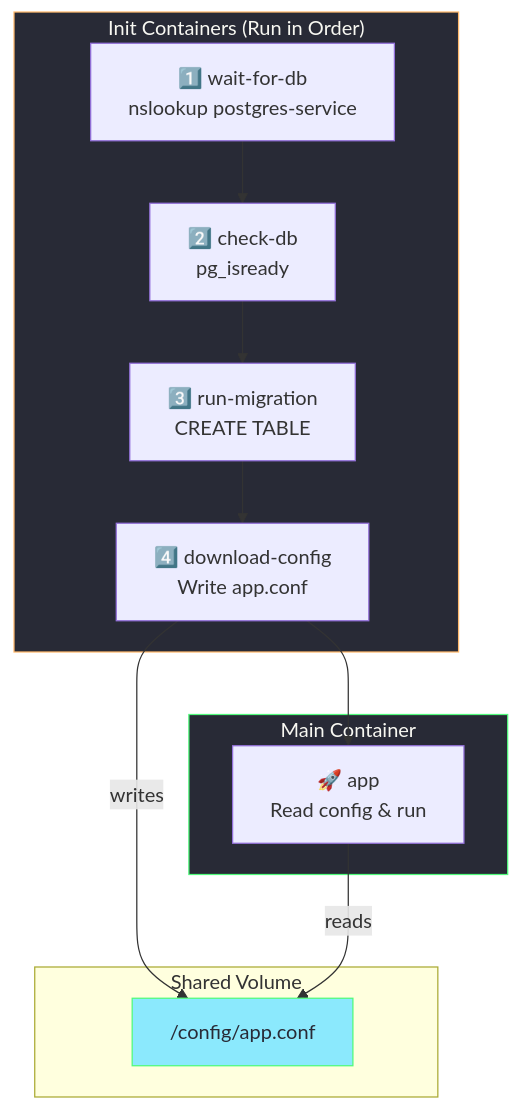
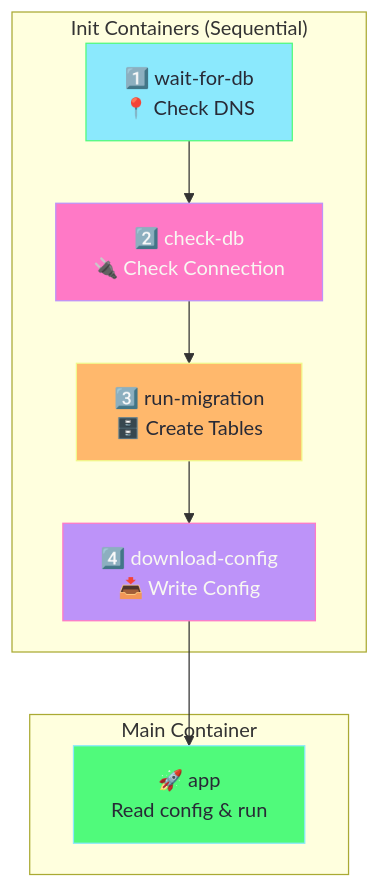
One commit to selvakumarperumal/k8s_minikube_learn changed the second of 5 diagrams in Workload_and_Application_Management/init-containers-explained.md. Above: the diagram before and after it, drawn with Mermaid. The commit also changed other lines of this file, not shown here.

First line of the commit message:
docs: simplify init containers explanation with practical focus

````diff
--- a/Workload_and_Application_Management/init-containers-explained.md
+++ b/Workload_and_Application_Management/init-containers-explained.md
@@ -93,25 +22,21 @@
 ```mermaid
 flowchart TB
-    subgraph InitContainers["Init Containers (Run in Order)"]
-        I1["1️⃣ wait-for-db<br/>nslookup postgres-service"]
-        I2["2️⃣ check-db<br/>pg_isready"]
-        I3["3️⃣ run-migration<br/>CREATE TABLE"]
-        I4["4️⃣ download-config<br/>Write app.conf"]
+    subgraph Init["Init Containers (Sequential)"]
+        I1["1️⃣ wait-for-db<br/>📍 Check DNS"]
+        I2["2️⃣ check-db<br/>🔌 Check Connection"]
+        I3["3️⃣ run-migration<br/>🗄️ Create Tables"]
+        I4["4️⃣ download-config<br/>📥 Write Config"]
     end
     
-    subgraph MainContainer["Main Container"]
+    subgraph MainApp["Main Container"]
         App["🚀 app<br/>Read config & run"]
     end
     
-    subgraph SharedVolume["Shared Volume"]
-        Vol["/config/app.conf"]
-    end
+    I1 --> I2 --> I3 --> I4 --> App
     
-    I1 --> I2 --> I3 --> I4 --> App
-    I4 -->|writes| Vol
-    App -->|reads| Vol
-    
-    style InitContainers fill:#282a36,stroke:#ffb86c,color:#f8f8f2
-    style MainContainer fill:#282a36,stroke:#50fa7b,color:#f8f8f2
-    style Vol fill:#8be9fd,stroke:#50fa7b,color:#282a36
+    style I1 fill:#8be9fd,stroke:#50fa7b,color:#282a36
+    style I2 fill:#ff79c6,stroke:#bd93f9,color:#f8f8f2
+    style I3 fill:#ffb86c,stroke:#f1fa8c,color:#282a36
+    style I4 fill:#bd93f9,stroke:#ff79c6,color:#f8f8f2
+    style App fill:#50fa7b,stroke:#8be9fd,color:#282a36
 ```
````
